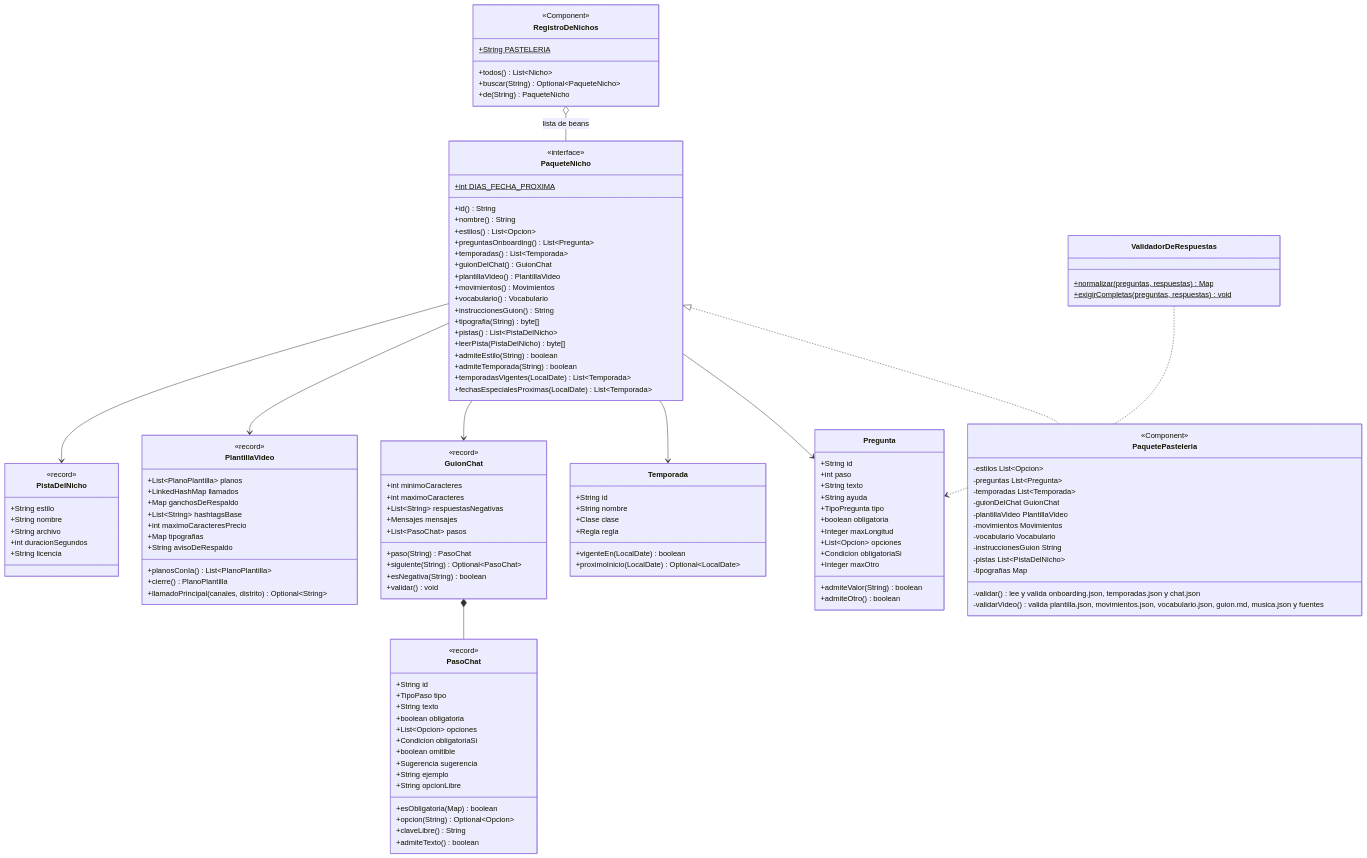
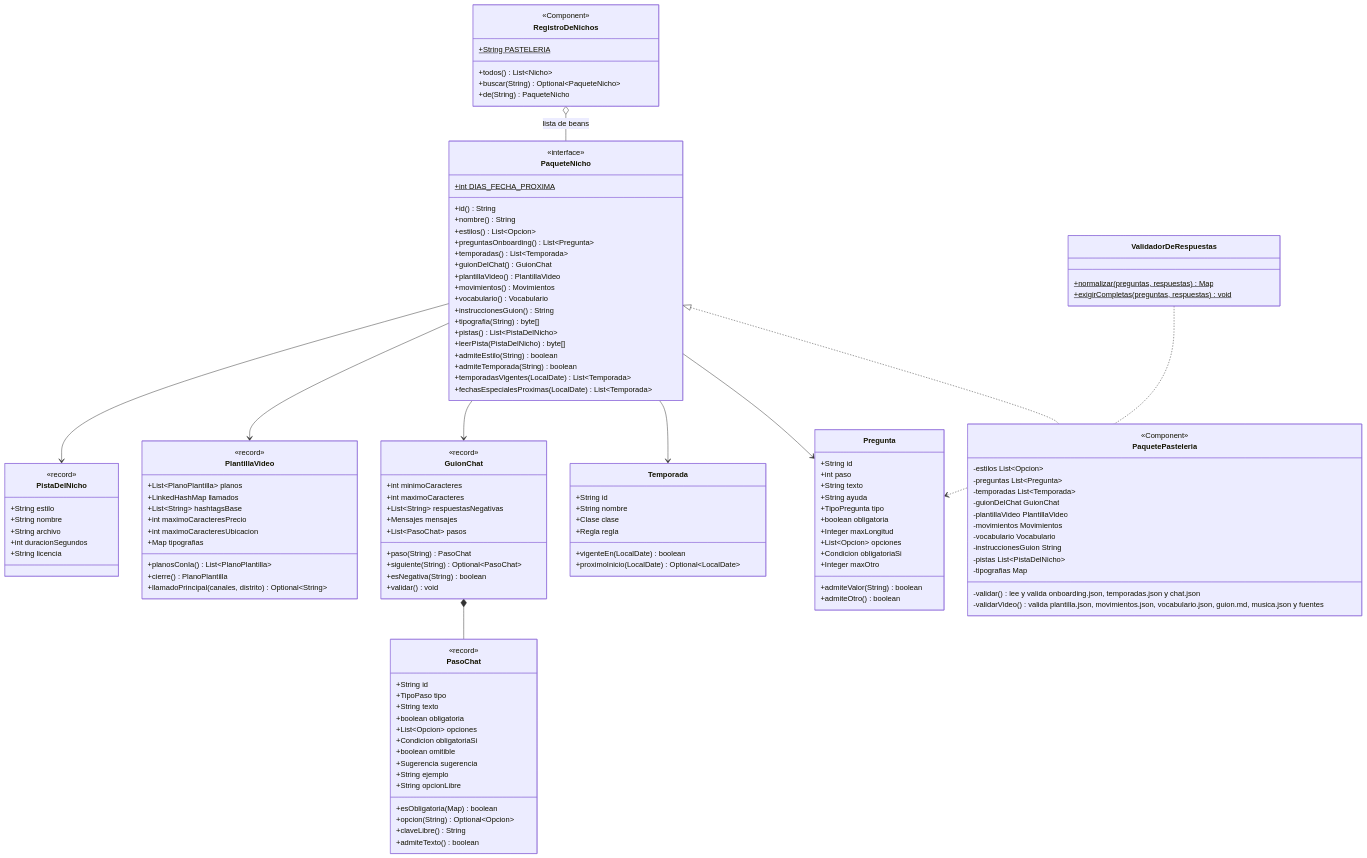
The fourth of 27 diagrams in docs/arquitectura.md (fabio2152/autoreel), drawn with Mermaid before and after one commit. The commit also changed other lines of this file and 58 other files, not shown here.

```diff
--- a/docs/arquitectura.md
+++ b/docs/arquitectura.md
@@ -346,11 +354,10 @@
         <<record>>
         +List~PlanoPlantilla~ planos
         +LinkedHashMap llamados
-        +Map ganchosDeRespaldo
         +List~String~ hashtagsBase
         +int maximoCaracteresPrecio
+        +int maximoCaracteresUbicacion
         +Map tipografias
-        +String avisoDeRespaldo
         +planosConIa() List~PlanoPlantilla~
         +cierre() PlanoPlantilla
         +llamadoPrincipal(canales, distrito) Optional~String~
```
